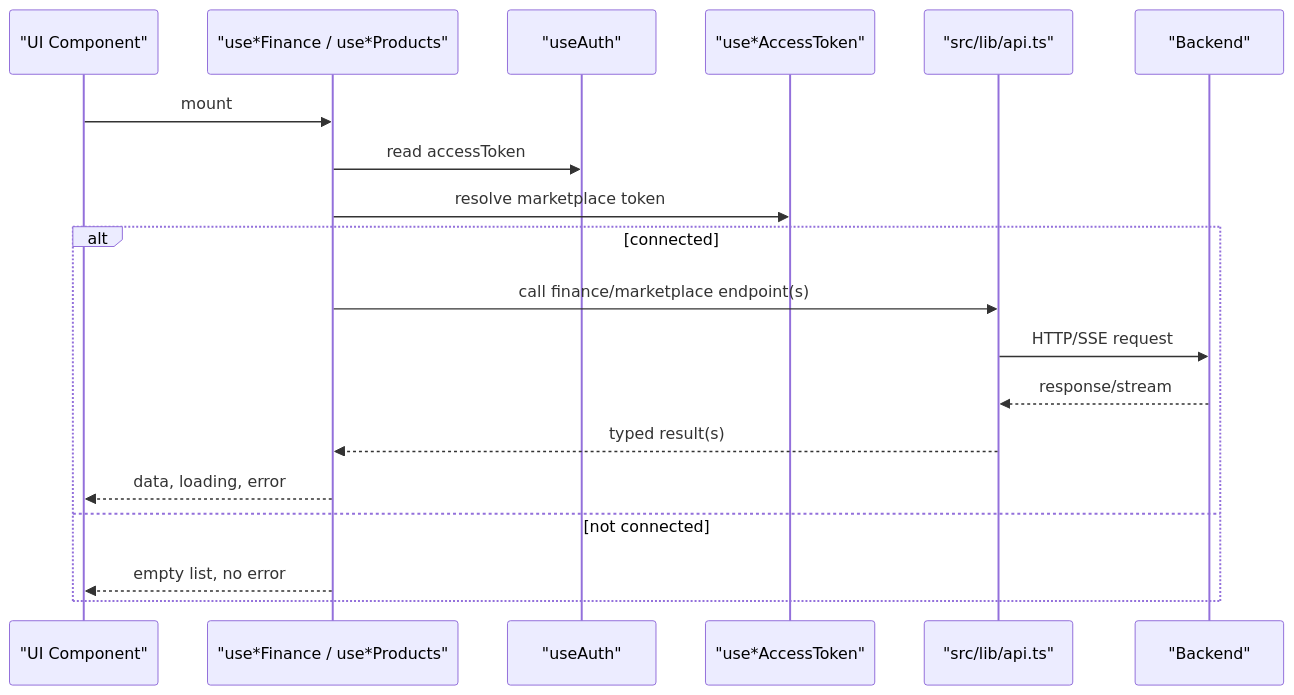
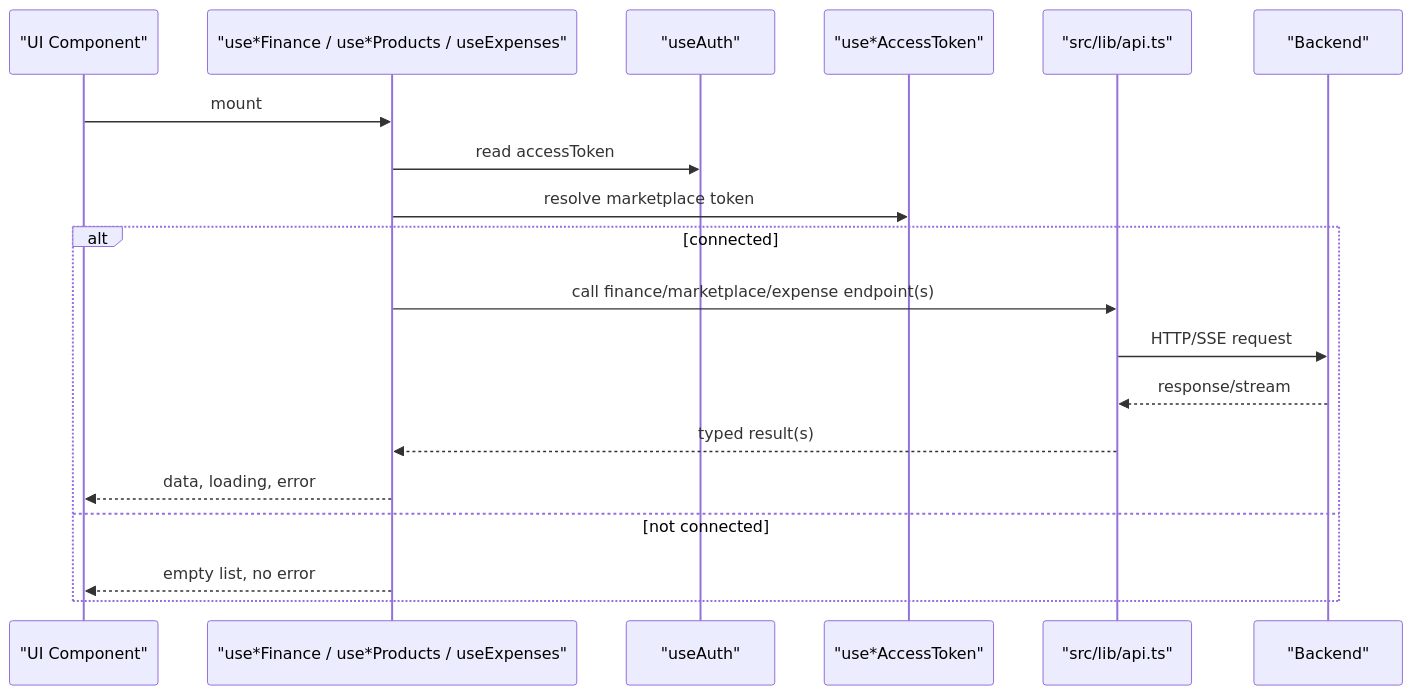
Before and after one commit to Muhammad-Masood/tijarah-ai-app: the second of 6 diagrams in .qoder/repowiki/en/content/API Integration.md, drawn with Mermaid. The commit also changed other lines of this file and 14 other files, not shown here.

````diff
--- a/.qoder/repowiki/en/content/API Integration.md
+++ b/.qoder/repowiki/en/content/API Integration.md
@@ -146,21 +167,21 @@
 ```mermaid
 sequenceDiagram
 participant UI as "UI Component"
-participant Hook as "use*Finance / use*Products"
+participant Hook as "use*Finance / use*Products / useExpenses"
 participant Auth as "useAuth"
 participant Conn as "use*AccessToken"
 participant API as "src/lib/api.ts"
 participant Backend as "Backend"
 UI->>Hook : mount
 Hook->>Auth : read accessToken
 Hook->>Conn : resolve marketplace token
 alt connected
-Hook->>API : call finance/marketplace endpoint(s)
+Hook->>API : call finance/marketplace/expense endpoint(s)
 API->>Backend : HTTP/SSE request
 Backend-->>API : response/stream
 API-->>Hook : typed result(s)
 Hook-->>UI : data, loading, error
 else not connected
 Hook-->>UI : empty list, no error
 end
 ```
````
